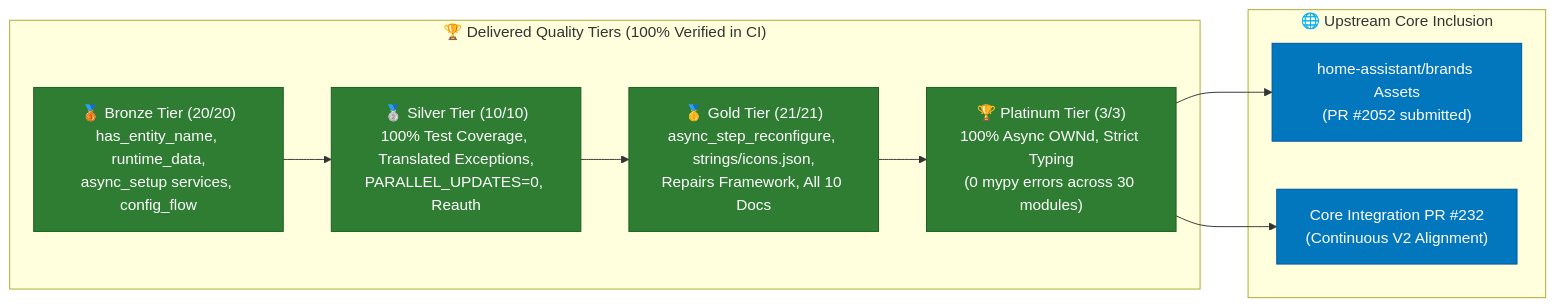
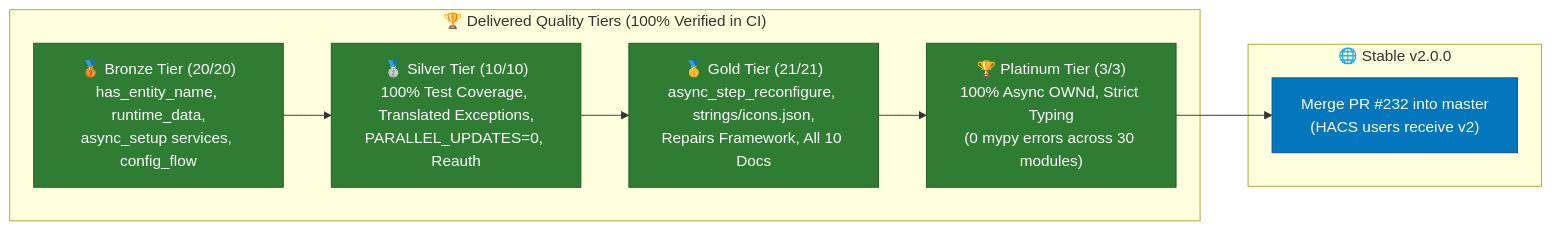
One commit to GreenGrassBlueOcean/MyHOME changed the second of 3 diagrams in ROADMAP.md. Above: the diagram before and after it, drawn with Mermaid. The commit also changed other lines of this file and 3 other files, not shown here.

First line of the commit message:
docs: correct README and ROADMAP against the repository state

````diff
--- a/ROADMAP.md
+++ b/ROADMAP.md
@@ -149,22 +148,20 @@
 ```mermaid
 graph LR
     subgraph DeliveredTiers["🏆 Delivered Quality Tiers (100% Verified in CI)"]
         B["🥉 Bronze Tier (20/20)<br/>has_entity_name, runtime_data,<br/>async_setup services, config_flow"]
         S["🥈 Silver Tier (10/10)<br/>100% Test Coverage, Translated Exceptions,<br/>PARALLEL_UPDATES=0, Reauth"]
         G["🥇 Gold Tier (21/21)<br/>async_step_reconfigure, strings/icons.json,<br/>Repairs Framework, All 10 Docs"]
         P["🏆 Platinum Tier (3/3)<br/>100% Async OWNd, Strict Typing<br/>(0 mypy errors across 30 modules)"]
         B --> S --> G --> P
     end
 
-    subgraph UpstreamCore["🌐 Upstream Core Inclusion"]
-        U1["home-assistant/brands Assets<br/>(PR #2052 submitted)"]
-        U2["Core Integration PR #232<br/>(Continuous V2 Alignment)"]
-        P --> U1
+    subgraph Release["🌐 Stable v2.0.0"]
+        U2["Merge PR #232 into master<br/>(HACS users receive v2)"]
         P --> U2
     end
 
     classDef done fill:#2e7d32,stroke:#1b5e20,color:#ffffff;
     classDef pending fill:#0277bd,stroke:#01579b,color:#ffffff;
     class B,S,G,P done;
-    class U1,U2 pending;
+    class U2 pending;
 ```
````
